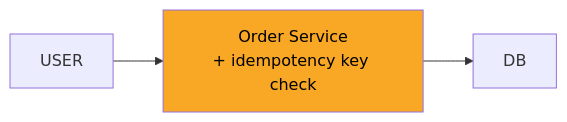
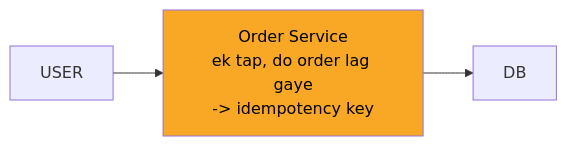
Before and after one commit to ArpanMaheshwari144/Prep: the second of 10 diagrams in 04_HLD/SYSTEM_DESIGNS/05_stock_broker_trading/05_stock_broker_trading.md, drawn with Mermaid. The commit also changed other lines of this file, not shown here.

````diff
--- a/04_HLD/SYSTEM_DESIGNS/05_stock_broker_trading/05_stock_broker_trading.md
+++ b/04_HLD/SYSTEM_DESIGNS/05_stock_broker_trading/05_stock_broker_trading.md
@@ -113,9 +113,9 @@
 ```mermaid
 flowchart LR
     n_USER["USER"]
-    n_Order_Service["Order Service<br/>+ idempotency key check"]
+    n_Order_Service["Order Service<br/>ek tap, do order lag gaye<br/>-> idempotency key"]
     n_DB["DB"]
     n_USER --> n_Order_Service
     n_Order_Service --> n_DB
     style n_Order_Service fill:#f9a825,color:#000
 ```
````
